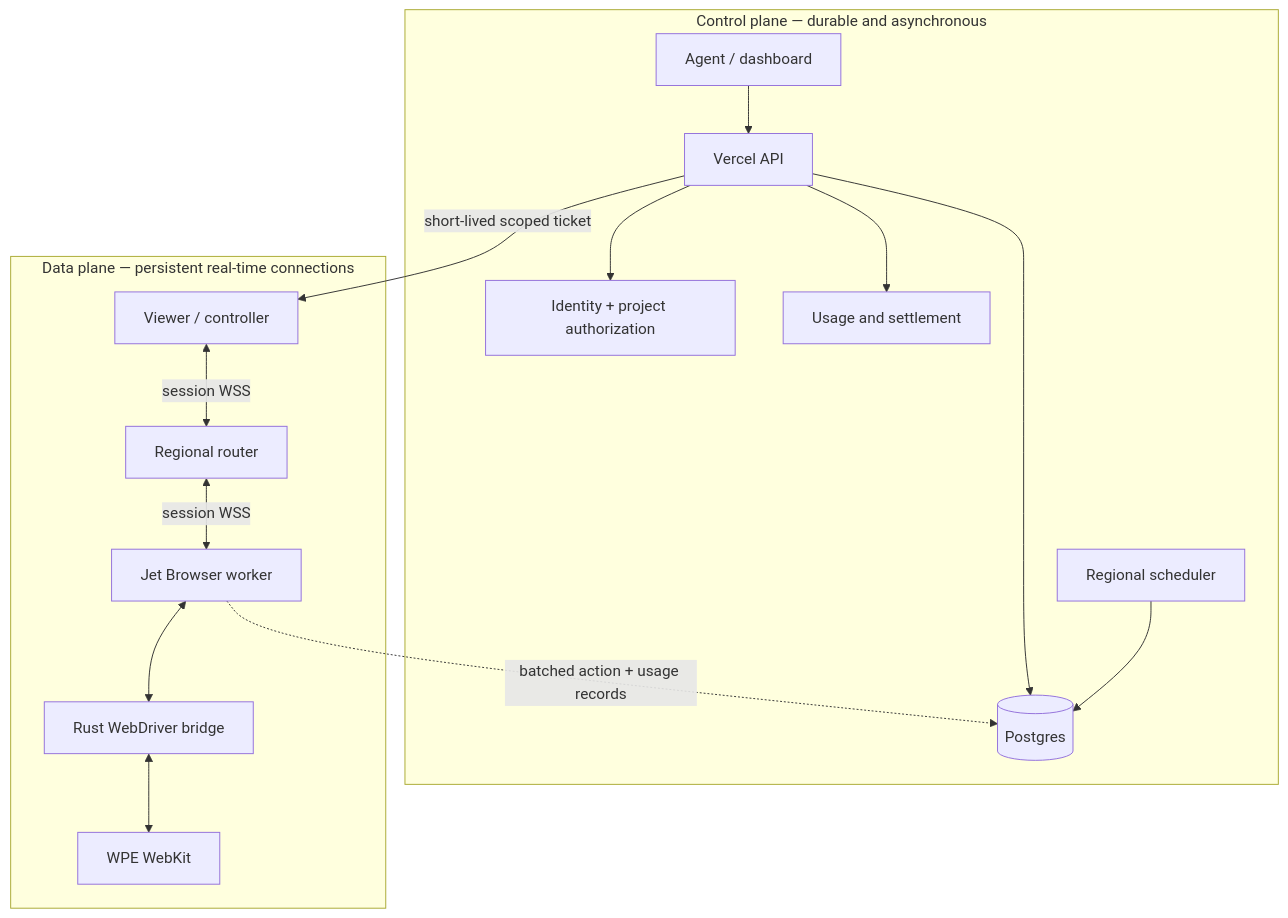
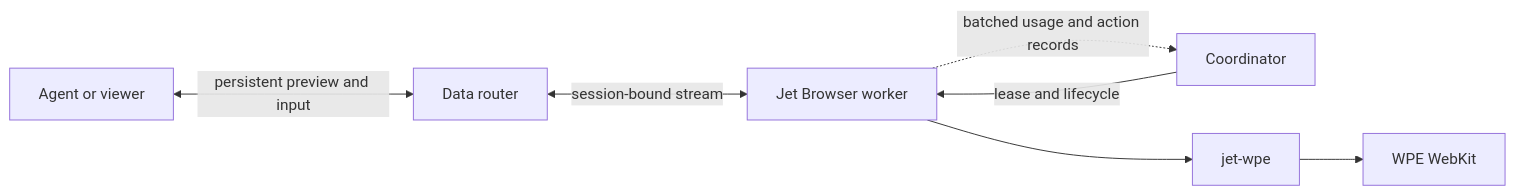
Before and after one commit to masakaai/jet-browser: the second of 3 diagrams in docs/architecture.md, drawn with Mermaid. The commit also changed other lines of this file and 30 other files, not shown here.

Commit message:
feat: make Jet Browser standalone and platform-independent

````diff
--- a/docs/architecture.md
+++ b/docs/architecture.md
@@ -7,20 +23,9 @@
-```mermaid
-flowchart TB
-  subgraph Control[Control plane — durable and asynchronous]
-    Client[Agent / dashboard] --> API[Vercel API]
-    API --> Auth[Identity + project authorization]
-    API --> DB[(Postgres)]
-    API --> Billing[Usage and settlement]
-    Scheduler[Regional scheduler] --> DB
-  end
-
-  subgraph Data[Data plane — persistent real-time connections]
-    Viewer[Viewer / controller] <-->|session WSS| Router[Regional router]
-    Router <-->|session WSS| Worker[Jet Browser worker]
-    Worker <--> Bridge[Rust WebDriver bridge]
-    Bridge <--> WPE[WPE WebKit]
-  end
-
-  API -->|short-lived scoped ticket| Viewer
-  Worker -.->|batched action + usage records| DB
-```
+~~~mermaid
+flowchart LR
+  Client[Agent or viewer] <-->|persistent preview and input| Router[Data router]
+  Router <-->|session-bound stream| Worker[Jet Browser worker]
+  Coordinator[Coordinator] -->|lease and lifecycle| Worker
+  Worker --> Bridge[jet-wpe]
+  Bridge --> WPE[WPE WebKit]
+  Worker -.->|batched usage and action records| Coordinator
+~~~
````
